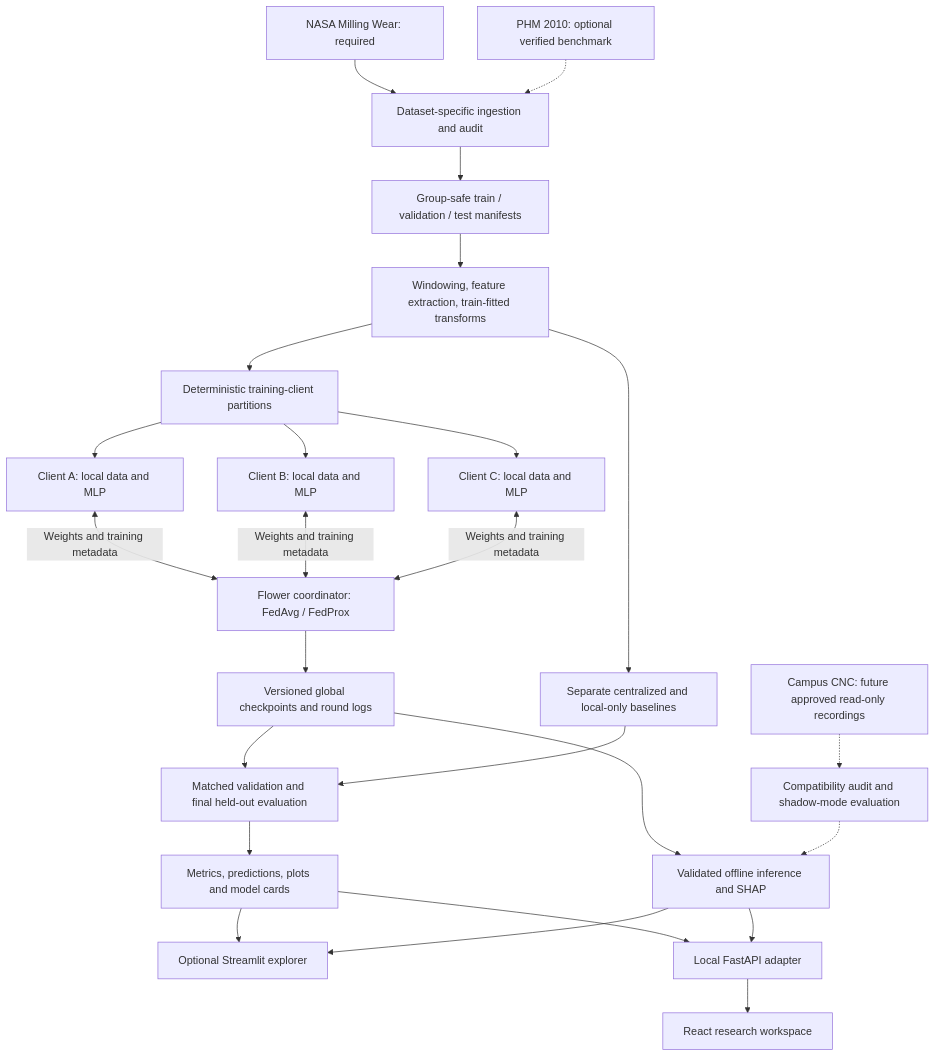
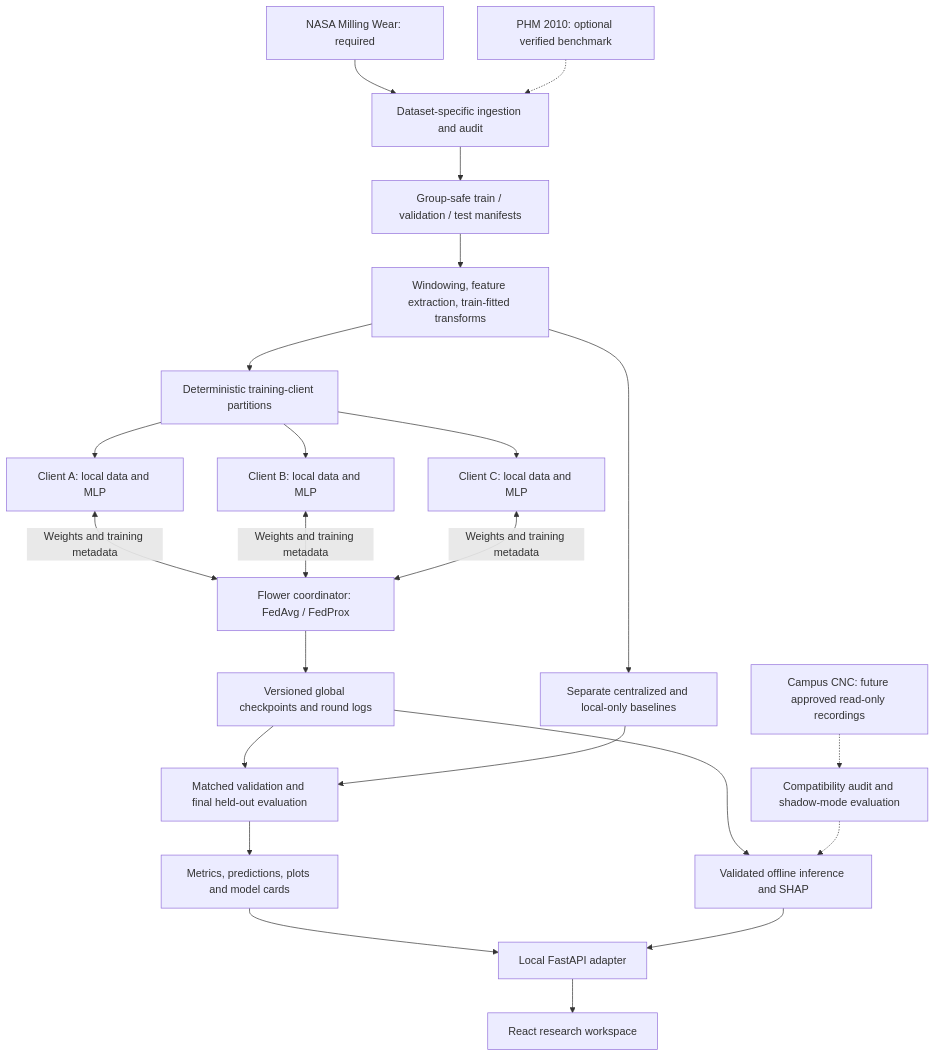
One commit to Nadigsrujan/Fabfederate changed the diagram in docs/implementation.md. Above: the diagram before and after it, drawn with Mermaid. The commit also changed other lines of this file and 72 other files, not shown here.

````diff
--- a/docs/implementation.md
+++ b/docs/implementation.md
@@ -211,27 +210,25 @@
 ```mermaid
 flowchart TD
     NASA["NASA Milling Wear: required"] --> ING["Dataset-specific ingestion and audit"]
     PHM["PHM 2010: optional verified benchmark"] -.-> ING
     ING --> SPLIT["Group-safe train / validation / test manifests"]
     SPLIT --> FEAT["Windowing, feature extraction, train-fitted transforms"]
     FEAT --> PART["Deterministic training-client partitions"]
     PART --> A["Client A: local data and MLP"]
     PART --> B["Client B: local data and MLP"]
     PART --> C["Client C: local data and MLP"]
     A <-->|"Weights and training metadata"| COORD["Flower coordinator: FedAvg / FedProx"]
     B <-->|"Weights and training metadata"| COORD
     C <-->|"Weights and training metadata"| COORD
     COORD --> CKPT["Versioned global checkpoints and round logs"]
     FEAT --> BASE["Separate centralized and local-only baselines"]
     CKPT --> EVAL["Matched validation and final held-out evaluation"]
     BASE --> EVAL
     EVAL --> ART["Metrics, predictions, plots and model cards"]
     CKPT --> INF["Validated offline inference and SHAP"]
-    ART --> UI["Optional Streamlit explorer"]
-    INF --> UI
     ART --> API["Local FastAPI adapter"]
     INF --> API
     API --> WEB["React research workspace"]
     CAMP["Campus CNC: future approved read-only recordings"] -.-> ADAPT["Compatibility audit and shadow-mode evaluation"]
     ADAPT -.-> INF
 ```
````
